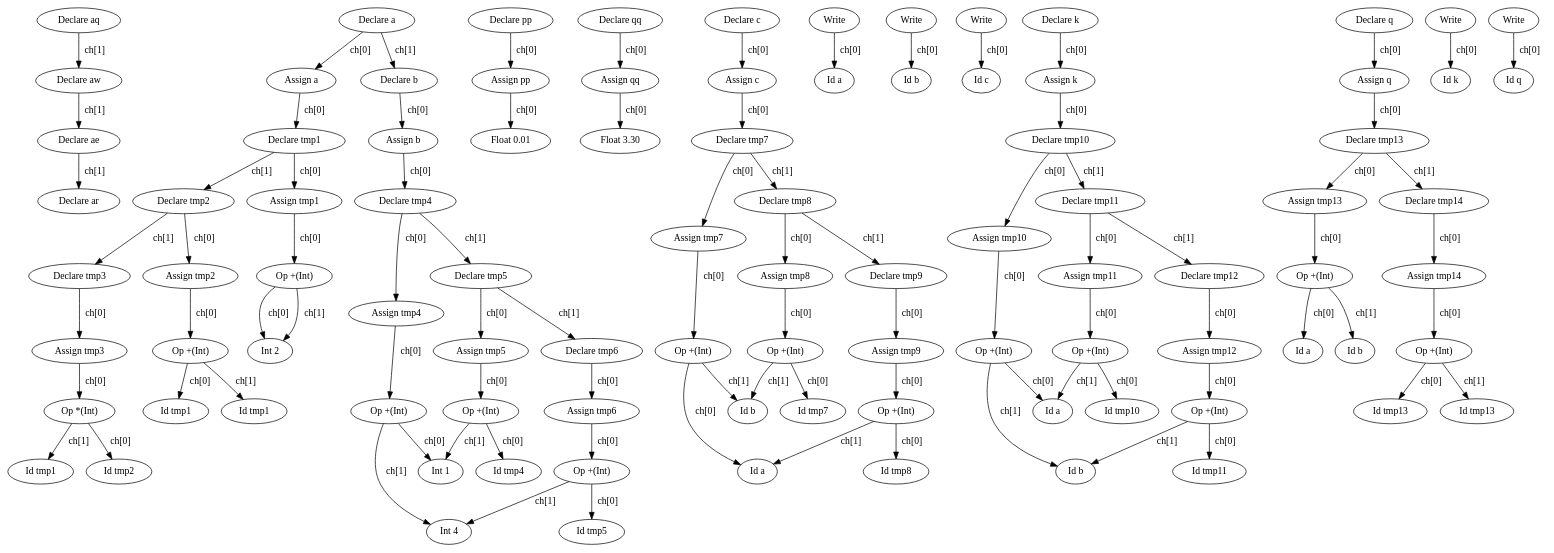
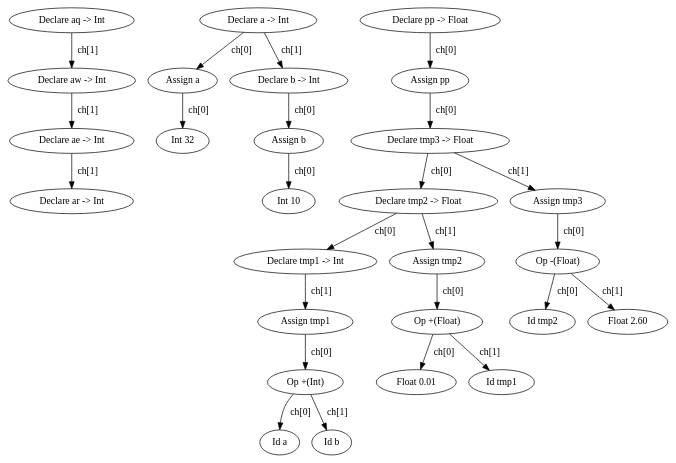
One commit to L1ttle-Q/tiny_compiler_plus changed the diagram in TC/syntax_tree.dot. Above: the diagram before and after it, drawn with Graphviz. The commit also changed 28 other files, not shown here.

```diff
--- a/TC/syntax_tree.dot
+++ b/TC/syntax_tree.dot
@@ -1,183 +1,53 @@
 digraph SyntaxTree {
-"0000011FE3DB0870" [ label = "Declare aq"];
-"0000011FE3DB0410" [ label = "Declare aw"];
-"0000011FE3DB0550" [ label = "Declare ae"];
-"0000011FE3DB0690" [ label = "Declare ar"];
-"0000011FE3DB0550" -> "0000011FE3DB0690" [label = " ch[1] "];
-"0000011FE3DB0410" -> "0000011FE3DB0550" [label = " ch[1] "];
-"0000011FE3DB0870" -> "0000011FE3DB0410" [label = " ch[1] "];
-"0000011FE3DB09B0" [ label = "Declare a"];
-"0000011FE3DB08C0" [ label = "Assign a"];
-"0000011FE3DB0910" [ label = "Declare tmp1"];
-"0000011FE3DB0960" [ label = "Assign tmp1"];
-"0000011FE3DB0A00" [ label = "Op +(Int)"];
-"0000011FE3DB0730" [ label = "Int 2"];
-"0000011FE3DB0A00" -> "0000011FE3DB0730" [label = " ch[0] "];
-"0000011FE3DB0A00" -> "0000011FE3DB0730" [label = " ch[1] "];
-"0000011FE3DB0960" -> "0000011FE3DB0A00" [label = " ch[0] "];
-"0000011FE3DB0640" [ label = "Declare tmp2"];
-"0000011FE3DB05F0" [ label = "Assign tmp2"];
-"0000011FE3DB05A0" [ label = "Op +(Int)"];
-"0000011FE3DB0780" [ label = "Id tmp1"];
-"0000011FE3DB0AA0" [ label = "Id tmp1"];
-"0000011FE3DB05A0" -> "0000011FE3DB0780" [label = " ch[0] "];
-"0000011FE3DB05A0" -> "0000011FE3DB0AA0" [label = " ch[1] "];
-"0000011FE3DB05F0" -> "0000011FE3DB05A0" [label = " ch[0] "];
-"0000011FE3DB07D0" [ label = "Declare tmp3"];
-"0000011FE3DB0460" [ label = "Assign tmp3"];
-"0000011FE3DB0A50" [ label = "Op *(Int)"];
-"0000011FE3DB0370" [ label = "Id tmp2"];
-"0000011FE3DB03C0" [ label = "Id tmp1"];
-"0000011FE3DB0A50" -> "0000011FE3DB0370" [label = " ch[0] "];
-"0000011FE3DB0A50" -> "0000011FE3DB03C0" [label = " ch[1] "];
-"0000011FE3DB0460" -> "0000011FE3DB0A50" [label = " ch[0] "];
-"0000011FE3DB07D0" -> "0000011FE3DB0460" [label = " ch[0] "];
-"0000011FE3DB0640" -> "0000011FE3DB05F0" [label = " ch[0] "];
-"0000011FE3DB0640" -> "0000011FE3DB07D0" [label = " ch[1] "];
-"0000011FE3DB0910" -> "0000011FE3DB0960" [label = " ch[0] "];
-"0000011FE3DB0910" -> "0000011FE3DB0640" [label = " ch[1] "];
-"0000011FE3DB08C0" -> "0000011FE3DB0910" [label = " ch[0] "];
-"0000011FE3DB04B0" [ label = "Declare b"];
-"0000011FE3DB0500" [ label = "Assign b"];
-"0000011FE3DCB030" [ label = "Declare tmp4"];
-"0000011FE3DCBD50" [ label = "Assign tmp4"];
-"0000011FE3DCB6C0" [ label = "Op +(Int)"];
-"0000011FE3DCB990" [ label = "Int 1"];
-"0000011FE3DCB620" [ label = "Int 4"];
-"0000011FE3DCB6C0" -> "0000011FE3DCB990" [label = " ch[0] "];
-"0000011FE3DCB6C0" -> "0000011FE3DCB620" [label = " ch[1] "];
-"0000011FE3DCBD50" -> "0000011FE3DCB6C0" [label = " ch[0] "];
-"0000011FE3DCB7B0" [ label = "Declare tmp5"];
-"0000011FE3DCBA30" [ label = "Assign tmp5"];
-"0000011FE3DCB080" [ label = "Op +(Int)"];
-"0000011FE3DCB850" [ label = "Id tmp4"];
-"0000011FE3DCB080" -> "0000011FE3DCB850" [label = " ch[0] "];
-"0000011FE3DCB080" -> "0000011FE3DCB990" [label = " ch[1] "];
-"0000011FE3DCBA30" -> "0000011FE3DCB080" [label = " ch[0] "];
-"0000011FE3DCBA80" [ label = "Declare tmp6"];
-"0000011FE3DCB5D0" [ label = "Assign tmp6"];
-"0000011FE3DCB440" [ label = "Op +(Int)"];
-"0000011FE3DCB490" [ label = "Id tmp5"];
-"0000011FE3DCB440" -> "0000011FE3DCB490" [label = " ch[0] "];
-"0000011FE3DCB440" -> "0000011FE3DCB620" [label = " ch[1] "];
-"0000011FE3DCB5D0" -> "0000011FE3DCB440" [label = " ch[0] "];
-"0000011FE3DCBA80" -> "0000011FE3DCB5D0" [label = " ch[0] "];
-"0000011FE3DCB7B0" -> "0000011FE3DCBA30" [label = " ch[0] "];
-"0000011FE3DCB7B0" -> "0000011FE3DCBA80" [label = " ch[1] "];
-"0000011FE3DCB030" -> "0000011FE3DCBD50" [label = " ch[0] "];
-"0000011FE3DCB030" -> "0000011FE3DCB7B0" [label = " ch[1] "];
-"0000011FE3DB0500" -> "0000011FE3DCB030" [label = " ch[0] "];
-"0000011FE3DB04B0" -> "0000011FE3DB0500" [label = " ch[0] "];
-"0000011FE3DB09B0" -> "0000011FE3DB08C0" [label = " ch[0] "];
-"0000011FE3DB09B0" -> "0000011FE3DB04B0" [label = " ch[1] "];
-"0000011FE3DCB800" [ label = "Declare pp"];
-"0000011FE3DCBF30" [ label = "Assign pp"];
-"0000011FE3DCB260" [ label = "Float 0.01"];
-"0000011FE3DCBF30" -> "0000011FE3DCB260" [label = " ch[0] "];
-"0000011FE3DCB800" -> "0000011FE3DCBF30" [label = " ch[0] "];
-"0000011FE3DCBEE0" [ label = "Declare qq"];
-"0000011FE3DCB4E0" [ label = "Assign qq"];
-"0000011FE3DCBC10" [ label = "Float 3.30"];
-"0000011FE3DCB4E0" -> "0000011FE3DCBC10" [label = " ch[0] "];
-"0000011FE3DCBEE0" -> "0000011FE3DCB4E0" [label = " ch[0] "];
-"0000011FE3DCB170" [ label = "Declare c"];
-"0000011FE3DCB940" [ label = "Assign c"];
-"0000011FE3DCBC60" [ label = "Declare tmp7"];
-"0000011FE3DCB210" [ label = "Assign tmp7"];
-"0000011FE3DCBF80" [ label = "Op +(Int)"];
-"0000011FE3DCBB70" [ label = "Id a"];
-"0000011FE3DCBB20" [ label = "Id b"];
-"0000011FE3DCBF80" -> "0000011FE3DCBB70" [label = " ch[0] "];
-"0000011FE3DCBF80" -> "0000011FE3DCBB20" [label = " ch[1] "];
-"0000011FE3DCB210" -> "0000011FE3DCBF80" [label = " ch[0] "];
-"0000011FE3DCB3F0" [ label = "Declare tmp8"];
-"0000011FE3DCBD00" [ label = "Assign tmp8"];
-"0000011FE3DCB120" [ label = "Op +(Int)"];
-"0000011FE3DCB710" [ label = "Id tmp7"];
-"0000011FE3DCB120" -> "0000011FE3DCB710" [label = " ch[0] "];
-"0000011FE3DCB120" -> "0000011FE3DCBB20" [label = " ch[1] "];
-"0000011FE3DCBD00" -> "0000011FE3DCB120" [label = " ch[0] "];
-"0000011FE3DCB350" [ label = "Declare tmp9"];
-"0000011FE3DCB760" [ label = "Assign tmp9"];
-"0000011FE3DCB530" [ label = "Op +(Int)"];
-"0000011FE3DCBDA0" [ label = "Id tmp8"];
-"0000011FE3DCB530" -> "0000011FE3DCBDA0" [label = " ch[0] "];
-"0000011FE3DCB530" -> "0000011FE3DCBB70" [label = " ch[1] "];
-"0000011FE3DCB760" -> "0000011FE3DCB530" [label = " ch[0] "];
-"0000011FE3DCB350" -> "0000011FE3DCB760" [label = " ch[0] "];
-"0000011FE3DCB3F0" -> "0000011FE3DCBD00" [label = " ch[0] "];
-"0000011FE3DCB3F0" -> "0000011FE3DCB350" [label = " ch[1] "];
-"0000011FE3DCBC60" -> "0000011FE3DCB210" [label = " ch[0] "];
-"0000011FE3DCBC60" -> "0000011FE3DCB3F0" [label = " ch[1] "];
-"0000011FE3DCB940" -> "0000011FE3DCBC60" [label = " ch[0] "];
-"0000011FE3DCB170" -> "0000011FE3DCB940" [label = " ch[0] "];
-"0000011FE3DCB580" [ label = "Write"];
-"0000011FE3DCB670" [ label = "Id a"];
-"0000011FE3DCB580" -> "0000011FE3DCB670" [label = " ch[0] "];
-"0000011FE3DCBDF0" [ label = "Write"];
-"0000011FE3DCBBC0" [ label = "Id b"];
-"0000011FE3DCBDF0" -> "0000011FE3DCBBC0" [label = " ch[0] "];
-"0000011FE3DCB2B0" [ label = "Write"];
-"0000011FE3DCBE90" [ label = "Id c"];
-"0000011FE3DCB2B0" -> "0000011FE3DCBE90" [label = " ch[0] "];
-"0000011FE3DCBAD0" [ label = "Declare k"];
-"0000011FE3DCB300" [ label = "Assign k"];
-"0000011FE3DCC130" [ label = "Declare tmp10"];
-"0000011FE3DCCB80" [ label = "Assign tmp10"];
-"0000011FE3DCB9E0" [ label = "Op +(Int)"];
-"0000011FE3DCB8F0" [ label = "Id a"];
-"0000011FE3DCB3A0" [ label = "Id b"];
-"0000011FE3DCB9E0" -> "0000011FE3DCB8F0" [label = " ch[0] "];
-"0000011FE3DCB9E0" -> "0000011FE3DCB3A0" [label = " ch[1] "];
-"0000011FE3DCCB80" -> "0000011FE3DCB9E0" [label = " ch[0] "];
-"0000011FE3DCC180" [ label = "Declare tmp11"];
-"0000011FE3DCC270" [ label = "Assign tmp11"];
-"0000011FE3DCC360" [ label = "Op +(Int)"];
-"0000011FE3DCCBD0" [ label = "Id tmp10"];
-"0000011FE3DCC360" -> "0000011FE3DCCBD0" [label = " ch[0] "];
-"0000011FE3DCC360" -> "0000011FE3DCB8F0" [label = " ch[1] "];
-"0000011FE3DCC270" -> "0000011FE3DCC360" [label = " ch[0] "];
-"0000011FE3DCCAE0" [ label = "Declare tmp12"];
-"0000011FE3DCCC70" [ label = "Assign tmp12"];
-"0000011FE3DCC590" [ label = "Op +(Int)"];
-"0000011FE3DCC3B0" [ label = "Id tmp11"];
-"0000011FE3DCC590" -> "0000011FE3DCC3B0" [label = " ch[0] "];
-"0000011FE3DCC590" -> "0000011FE3DCB3A0" [label = " ch[1] "];
-"0000011FE3DCCC70" -> "0000011FE3DCC590" [label = " ch[0] "];
-"0000011FE3DCCAE0" -> "0000011FE3DCCC70" [label = " ch[0] "];
-"0000011FE3DCC180" -> "0000011FE3DCC270" [label = " ch[0] "];
-"0000011FE3DCC180" -> "0000011FE3DCCAE0" [label = " ch[1] "];
-"0000011FE3DCC130" -> "0000011FE3DCCB80" [label = " ch[0] "];
-"0000011FE3DCC130" -> "0000011FE3DCC180" [label = " ch[1] "];
-"0000011FE3DCB300" -> "0000011FE3DCC130" [label = " ch[0] "];
-"0000011FE3DCBAD0" -> "0000011FE3DCB300" [label = " ch[0] "];
-"0000011FE3DCCB30" [ label = "Declare q"];
-"0000011FE3DCCC20" [ label = "Assign q"];
-"0000011FE3DCC450" [ label = "Declare tmp13"];
-"0000011FE3DCC400" [ label = "Assign tmp13"];
-"0000011FE3DCCD60" [ label = "Op +(Int)"];
-"0000011FE3DCCD10" [ label = "Id a"];
-"0000011FE3DCC220" [ label = "Id b"];
-"0000011FE3DCCD60" -> "0000011FE3DCCD10" [label = " ch[0] "];
-"0000011FE3DCCD60" -> "0000011FE3DCC220" [label = " ch[1] "];
-"0000011FE3DCC400" -> "0000011FE3DCCD60" [label = " ch[0] "];
-"0000011FE3DCCF90" [ label = "Declare tmp14"];
-"0000011FE3DCC810" [ label = "Assign tmp14"];
-"0000011FE3DCC9A0" [ label = "Op +(Int)"];
-"0000011FE3DCC2C0" [ label = "Id tmp13"];
-"0000011FE3DCC1D0" [ label = "Id tmp13"];
-"0000011FE3DCC9A0" -> "0000011FE3DCC2C0" [label = " ch[0] "];
-"0000011FE3DCC9A0" -> "0000011FE3DCC1D0" [label = " ch[1] "];
-"0000011FE3DCC810" -> "0000011FE3DCC9A0" [label = " ch[0] "];
-"0000011FE3DCCF90" -> "0000011FE3DCC810" [label = " ch[0] "];
-"0000011FE3DCC450" -> "0000011FE3DCC400" [label = " ch[0] "];
-"0000011FE3DCC450" -> "0000011FE3DCCF90" [label = " ch[1] "];
-"0000011FE3DCCC20" -> "0000011FE3DCC450" [label = " ch[0] "];
-"0000011FE3DCCB30" -> "0000011FE3DCCC20" [label = " ch[0] "];
-"0000011FE3DCC900" [ label = "Write"];
-"0000011FE3DCC7C0" [ label = "Id k"];
-"0000011FE3DCC900" -> "0000011FE3DCC7C0" [label = " ch[0] "];
-"0000011FE3DCC310" [ label = "Write"];
-"0000011FE3DCC860" [ label = "Id q"];
-"0000011FE3DCC310" -> "0000011FE3DCC860" [label = " ch[0] "];
+"0x600002b84050" [ label = "Declare aq -> Int"];
+"0x600002b840a0" [ label = "Declare aw -> Int"];
+"0x600002b840f0" [ label = "Declare ae -> Int"];
+"0x600002b84140" [ label = "Declare ar -> Int"];
+"0x600002b840f0" -> "0x600002b84140" [label = " ch[1] "];
+"0x600002b840a0" -> "0x600002b840f0" [label = " ch[1] "];
+"0x600002b84050" -> "0x600002b840a0" [label = " ch[1] "];
+"0x600002b84190" [ label = "Declare a -> Int"];
+"0x600002b841e0" [ label = "Assign a"];
+"0x600002b84320" [ label = "Int 32"];
+"0x600002b841e0" -> "0x600002b84320" [label = " ch[0] "];
+"0x600002b84370" [ label = "Declare b -> Int"];
+"0x600002b843c0" [ label = "Assign b"];
+"0x600002b84550" [ label = "Int 10"];
+"0x600002b843c0" -> "0x600002b84550" [label = " ch[0] "];
+"0x600002b84370" -> "0x600002b843c0" [label = " ch[0] "];
+"0x600002b84190" -> "0x600002b841e0" [label = " ch[0] "];
+"0x600002b84190" -> "0x600002b84370" [label = " ch[1] "];
+"0x600002b845a0" [ label = "Declare pp -> Float"];
+"0x600002b845f0" [ label = "Assign pp"];
+"0x600002b84a00" [ label = "Declare tmp3 -> Float"];
+"0x600002b84910" [ label = "Declare tmp2 -> Float"];
+"0x600002b84870" [ label = "Declare tmp1 -> Int"];
+"0x600002b848c0" [ label = "Assign tmp1"];
+"0x600002b84730" [ label = "Op +(Int)"];
+"0x600002b846e0" [ label = "Id a"];
+"0x600002b84780" [ label = "Id b"];
+"0x600002b84730" -> "0x600002b846e0" [label = " ch[0] "];
+"0x600002b84730" -> "0x600002b84780" [label = " ch[1] "];
+"0x600002b848c0" -> "0x600002b84730" [label = " ch[0] "];
+"0x600002b84870" -> "0x600002b848c0" [label = " ch[1] "];
+"0x600002b84960" [ label = "Assign tmp2"];
+"0x600002b84690" [ label = "Op +(Float)"];
+"0x600002b84640" [ label = "Float 0.01"];
+"0x600002b849b0" [ label = "Id tmp1"];
+"0x600002b84690" -> "0x600002b84640" [label = " ch[0] "];
+"0x600002b84690" -> "0x600002b849b0" [label = " ch[1] "];
+"0x600002b84960" -> "0x600002b84690" [label = " ch[0] "];
+"0x600002b84910" -> "0x600002b84870" [label = " ch[0] "];
+"0x600002b84910" -> "0x600002b84960" [label = " ch[1] "];
+"0x600002b84a50" [ label = "Assign tmp3"];
+"0x600002b847d0" [ label = "Op -(Float)"];
+"0x600002b84aa0" [ label = "Id tmp2"];
+"0x600002b84820" [ label = "Float 2.60"];
+"0x600002b847d0" -> "0x600002b84aa0" [label = " ch[0] "];
+"0x600002b847d0" -> "0x600002b84820" [label = " ch[1] "];
+"0x600002b84a50" -> "0x600002b847d0" [label = " ch[0] "];
+"0x600002b84a00" -> "0x600002b84910" [label = " ch[0] "];
+"0x600002b84a00" -> "0x600002b84a50" [label = " ch[1] "];
+"0x600002b845f0" -> "0x600002b84a00" [label = " ch[0] "];
+"0x600002b845a0" -> "0x600002b845f0" [label = " ch[0] "];
 }
```
